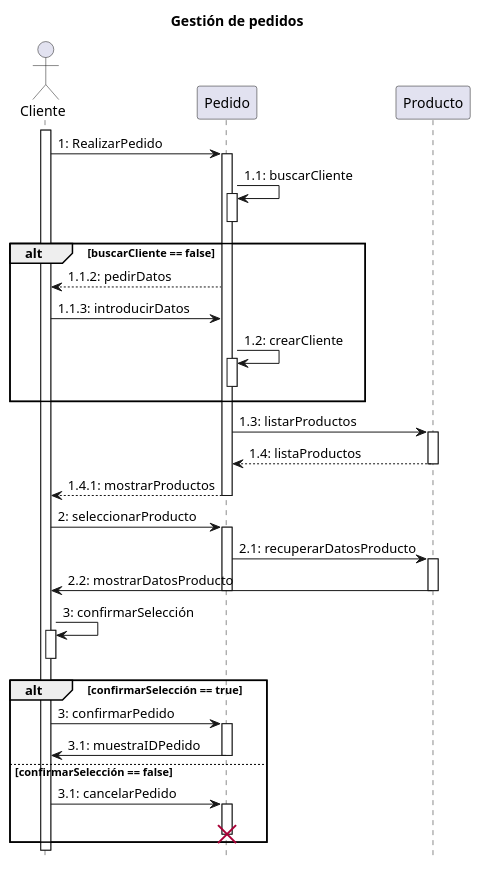
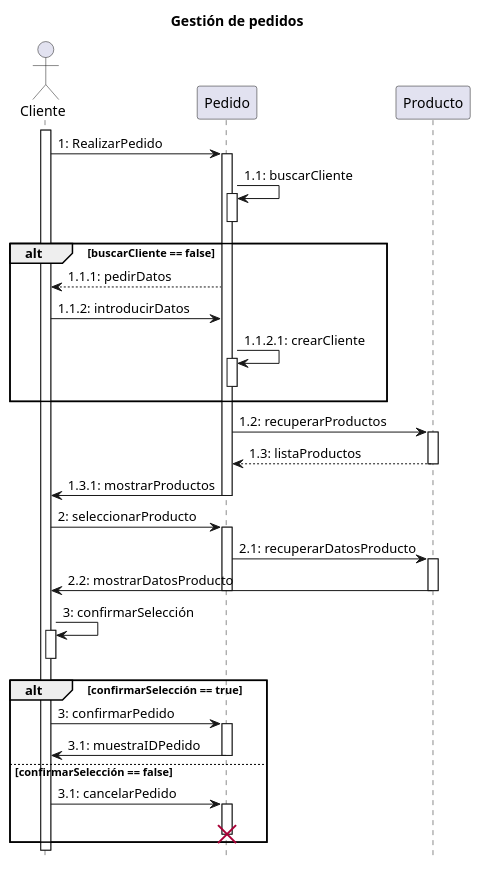
Before and after one commit to eliadotor/PCV06-10: the diagram in sequence/PCV06-20/pedidos.puml, drawn with PlantUML.

Commit message:
Actualización diagrama de secuendia Pedidos

```diff
--- a/sequence/PCV06-20/pedidos.puml
+++ b/sequence/PCV06-20/pedidos.puml
@@ -1,45 +1,45 @@
 @startuml
 hide footbox
 
 title Gestión de pedidos
 
 actor Cliente 
 
 Cliente ++
 Cliente -> Pedido++: 1: RealizarPedido
 Pedido -> Pedido++: 1.1: buscarCliente
 deactivate Pedido
 
 alt buscarCliente == false
-    Cliente <-- Pedido : 1.1.2: pedirDatos
-    Cliente -> Pedido : 1.1.3: introducirDatos
-    Pedido -> Pedido++: 1.2: crearCliente
+    Cliente <-- Pedido : 1.1.1: pedirDatos
+    Cliente -> Pedido : 1.1.2: introducirDatos
+    Pedido -> Pedido++: 1.1.2.1: crearCliente
     deactivate Pedido
 end
 
-Pedido -> Producto++ : 1.3: listarProductos
-Pedido <-- Producto : 1.4: listaProductos
+Pedido -> Producto++ : 1.2: recuperarProductos
+Pedido <-- Producto : 1.3: listaProductos
 deactivate Producto
-Cliente <-- Pedido : 1.4.1: mostrarProductos
+Cliente <- Pedido : 1.3.1: mostrarProductos
 deactivate Pedido
 
 Cliente -> Pedido++: 2: seleccionarProducto
 Pedido -> Producto++ : 2.1: recuperarDatosProducto
 Cliente <- Producto : 2.2: mostrarDatosProducto
 deactivate Producto
 deactivate Pedido
 
 Cliente -> Cliente++ : 3: confirmarSelección
 deactivate Cliente
 
 alt confirmarSelección == true
     Cliente -> Pedido++: 3: confirmarPedido
     Cliente <- Pedido: 3.1: muestraIDPedido
     deactivate Pedido
 else confirmarSelección == false
     Cliente -> Pedido++ : 3.1: cancelarPedido
     destroy Pedido
 
 end
 
 @enduml
```
